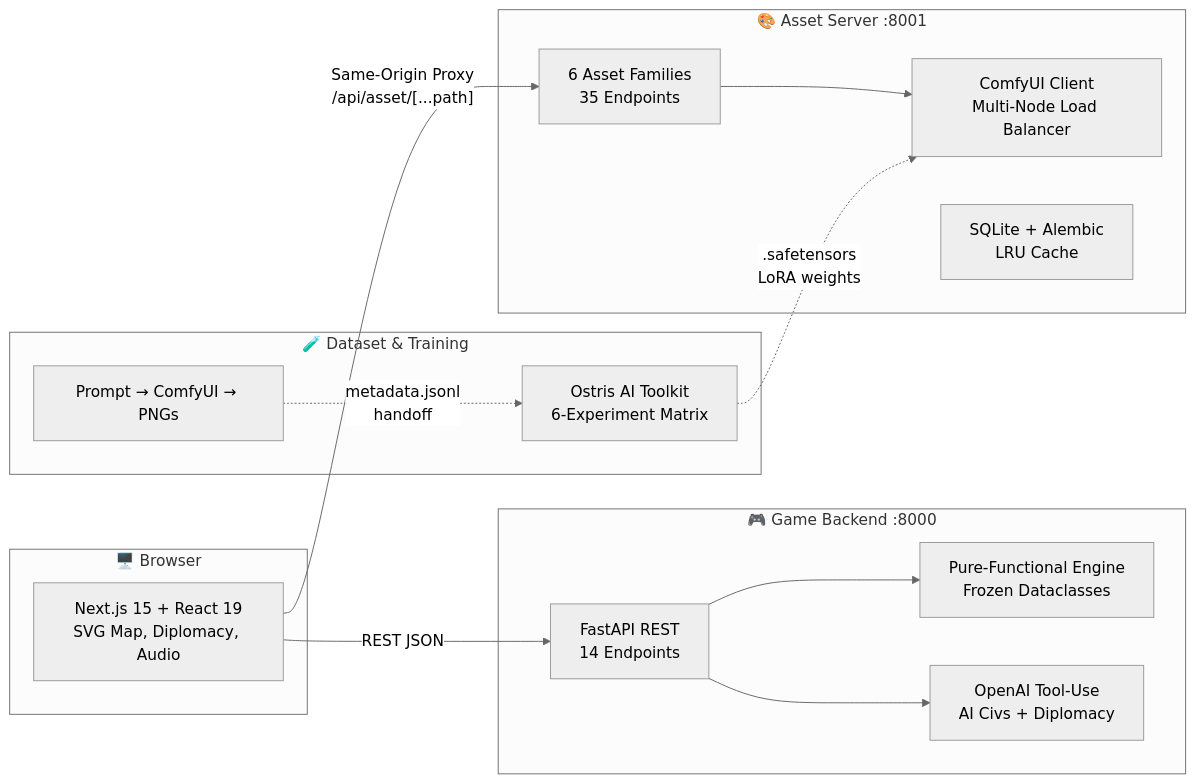
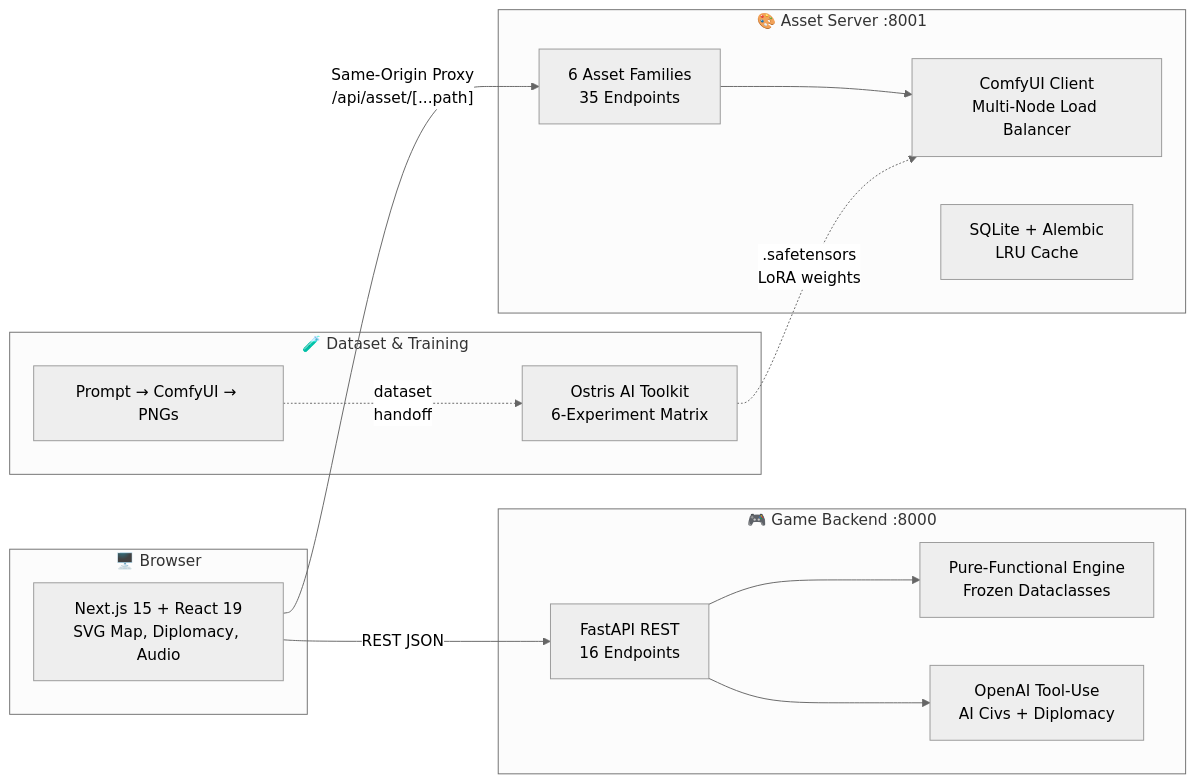
Before and after one commit to maxtwotouch/StrategAI: the diagram in README.md, drawn with Mermaid (neutral theme). The commit also changed other lines of this file and 63 other files, not shown here.

````diff
--- a/README.md
+++ b/README.md
@@ -34,31 +34,31 @@
 ```mermaid
 flowchart LR
     subgraph Browser["🖥️ Browser"]
         UI["Next.js 15 + React 19\nSVG Map, Diplomacy, Audio"]
     end
 
     subgraph Backend["🎮 Game Backend :8000"]
         Engine["Pure-Functional Engine\nFrozen Dataclasses"]
         LLM["OpenAI Tool-Use\nAI Civs + Diplomacy"]
-        API["FastAPI REST\n14 Endpoints"]
+        API["FastAPI REST\n16 Endpoints"]
     end
 
     subgraph Assets["🎨 Asset Server :8001"]
         Comfy["ComfyUI Client\nMulti-Node Load Balancer"]
         Gen["6 Asset Families\n35 Endpoints"]
         DB["SQLite + Alembic\nLRU Cache"]
     end
 
     subgraph Training["🧪 Dataset & Training"]
         DataGen["Prompt → ComfyUI → PNGs"]
         LoRA["Ostris AI Toolkit\n6-Experiment Matrix"]
     end
 
     UI -->|"REST JSON"| API
     UI -->|"Same-Origin Proxy\n/api/asset/[...path]"| Gen
     API --> Engine
     API --> LLM
     Gen --> Comfy
     LoRA -.->|".safetensors\nLoRA weights"| Comfy
-    DataGen -.->|"metadata.jsonl\nhandoff"| LoRA
+    DataGen -.->|"dataset\nhandoff"| LoRA
 ```
````
